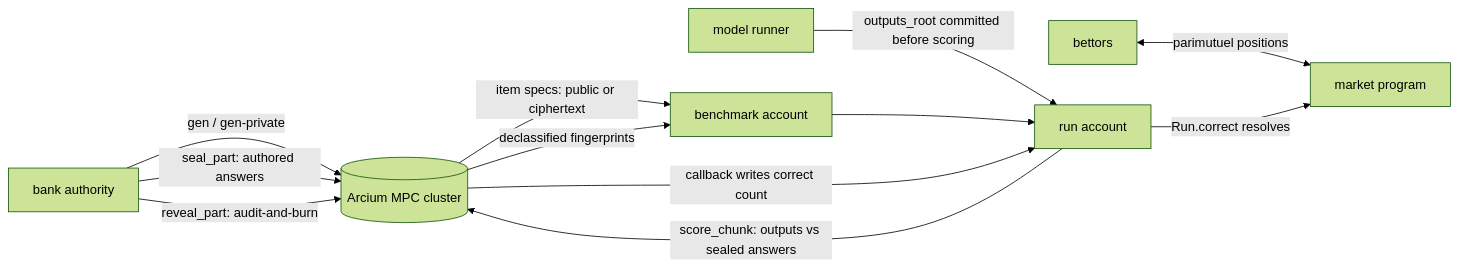
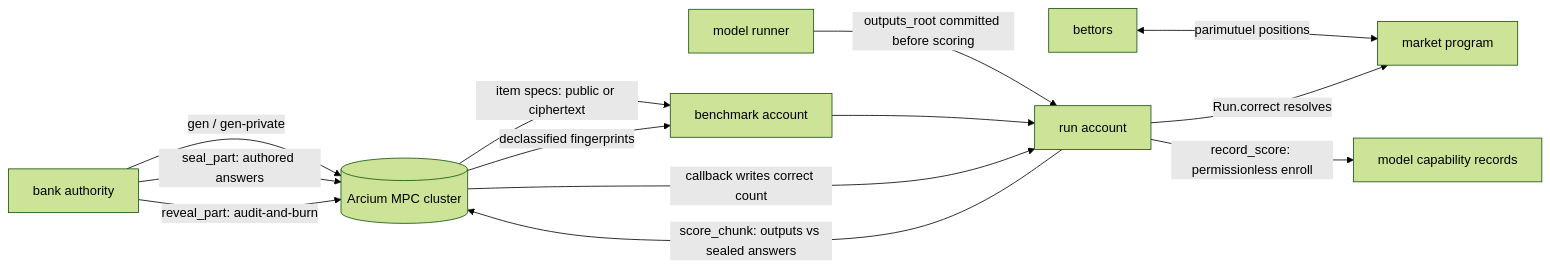
The diagram in README.md (josepha-mayo/sealed), drawn with Mermaid (forest theme) before and after one commit. The commit also changed other lines of this file and 11 other files, not shown here.

````diff
--- a/README.md
+++ b/README.md
@@ -44,14 +44,15 @@
 ```mermaid
 flowchart LR
   AUTH[bank authority] -->|gen / gen-private| MPC[(Arcium MPC cluster)]
   MPC -->|item specs: public or ciphertext| BANK[benchmark account]
   AUTH -->|seal_part: authored answers| MPC
   RUNNER[model runner] -->|outputs_root committed before scoring| RUN[run account]
   BANK --> RUN
   RUN -->|score_chunk: outputs vs sealed answers| MPC
   MPC -->|callback writes correct count| RUN
   AUTH -->|reveal_part: audit-and-burn| MPC
   MPC -->|declassified fingerprints| BANK
   BET[bettors] <-->|parimutuel positions| MKT[market program]
   RUN -->|Run.correct resolves| MKT
+  RUN -->|record_score: permissionless enroll| REG[model capability records]
 ```
````
